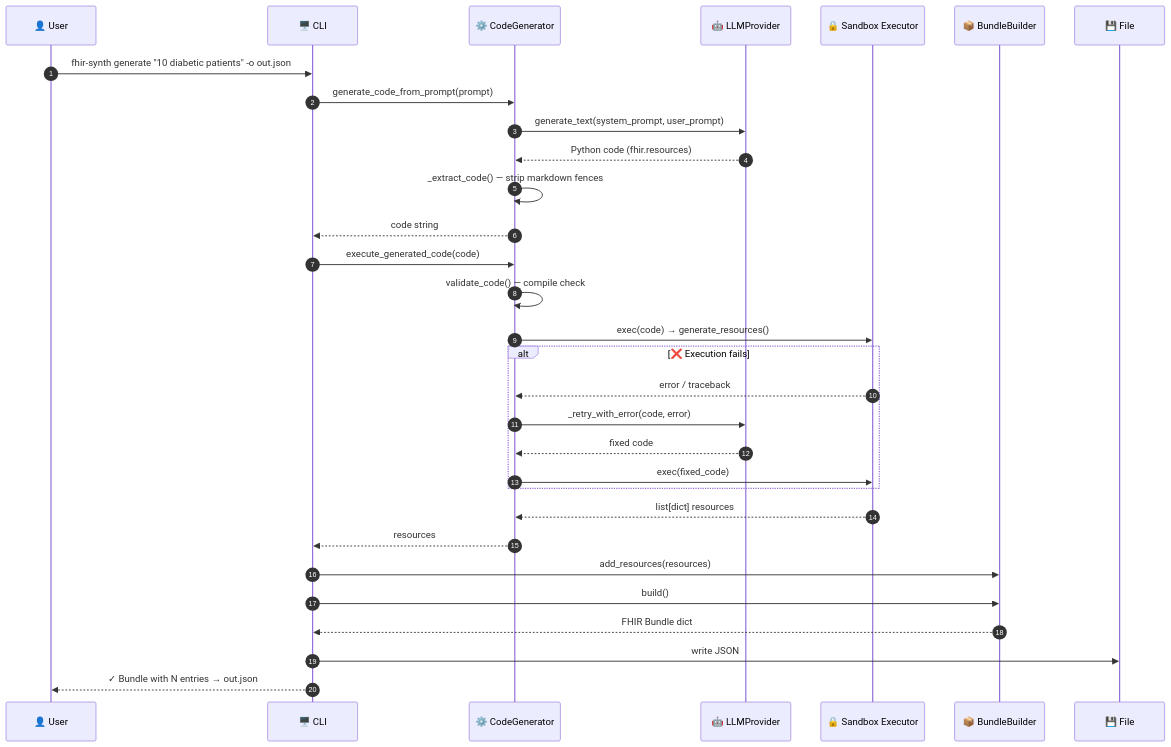
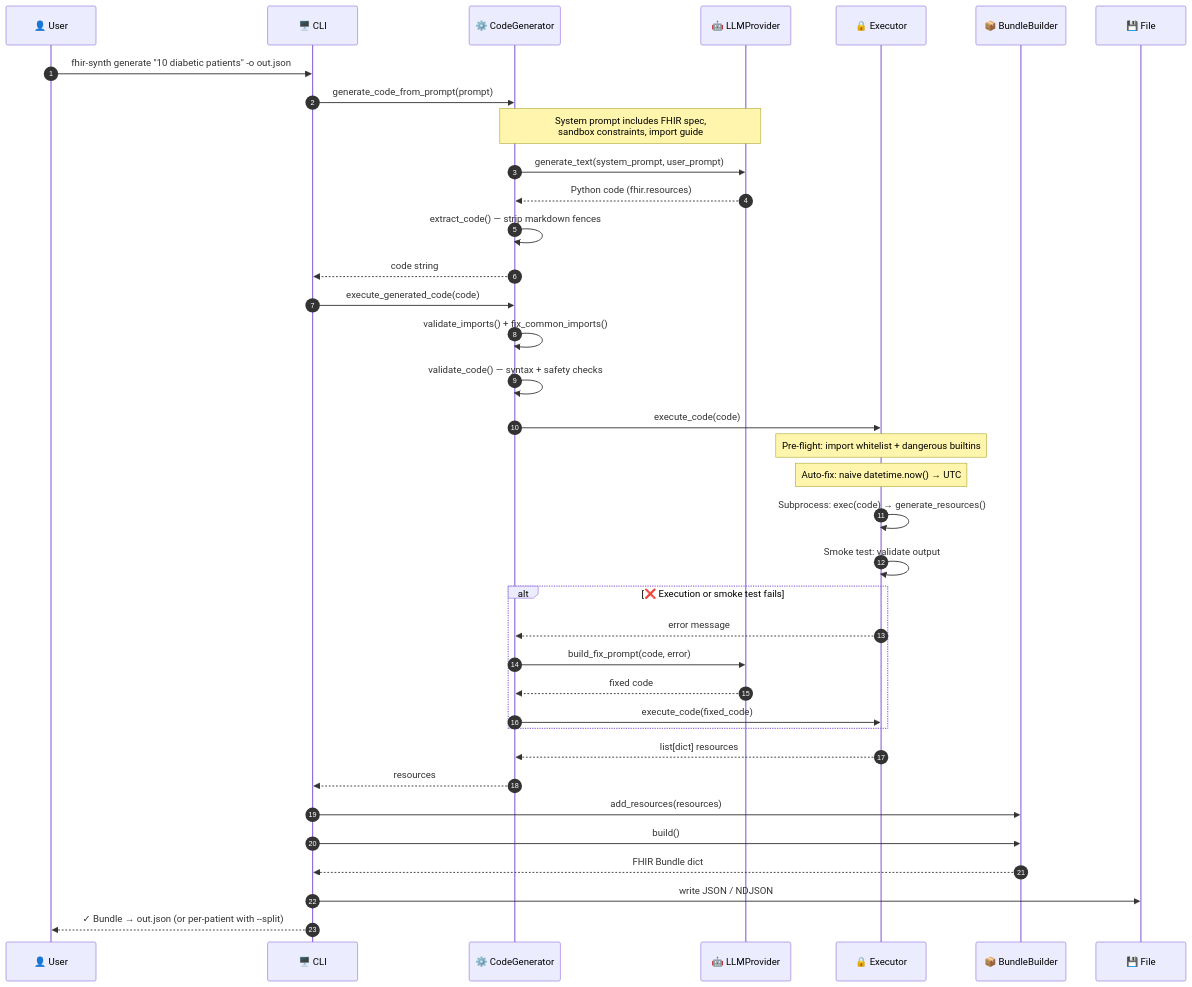
One commit to alvinhenrick/fhir-synth changed the second of 3 diagrams in docs/architecture.md. Above: the diagram before and after it, drawn with Mermaid. The commit also changed other lines of this file, not shown here.

Commit message:
feat: update architecture documentation to reflect enhanced safety checks and dynamic system prompt assembly

````diff
--- a/docs/architecture.md
+++ b/docs/architecture.md
@@ -54,39 +54,47 @@
 ```mermaid
 sequenceDiagram
     autonumber
     participant U as 👤 User
     participant CLI as 🖥️ CLI
     participant CG as ⚙️ CodeGenerator
     participant LLM as 🤖 LLMProvider
-    participant EX as 🔒 Sandbox Executor
+    participant EX as 🔒 Executor
     participant BB as 📦 BundleBuilder
     participant F as 💾 File
 
     U->>CLI: fhir-synth generate "10 diabetic patients" -o out.json
     CLI->>CG: generate_code_from_prompt(prompt)
+
+    Note over CG,LLM: System prompt includes FHIR spec,<br/>sandbox constraints, import guide
     CG->>LLM: generate_text(system_prompt, user_prompt)
     LLM-->>CG: Python code (fhir.resources)
-    CG->>CG: _extract_code() — strip markdown fences
+    CG->>CG: extract_code() — strip markdown fences
     CG-->>CLI: code string
 
     CLI->>CG: execute_generated_code(code)
-    CG->>CG: validate_code() — compile check
-    CG->>EX: exec(code) → generate_resources()
+    CG->>CG: validate_imports() + fix_common_imports()
+    CG->>CG: validate_code() — syntax + safety checks
 
-    alt ❌ Execution fails
-        EX-->>CG: error / traceback
-        CG->>LLM: _retry_with_error(code, error)
+    CG->>EX: execute_code(code)
+    Note over EX: Pre-flight: import whitelist + dangerous builtins
+    Note over EX: Auto-fix: naive datetime.now() → UTC
+    EX->>EX: Subprocess: exec(code) → generate_resources()
+    EX->>EX: Smoke test: validate output
+
+    alt ❌ Execution or smoke test fails
+        EX-->>CG: error message
+        CG->>LLM: build_fix_prompt(code, error)
         LLM-->>CG: fixed code
-        CG->>EX: exec(fixed_code)
+        CG->>EX: execute_code(fixed_code)
     end
 
     EX-->>CG: list[dict] resources
     CG-->>CLI: resources
 
     CLI->>BB: add_resources(resources)
     CLI->>BB: build()
     BB-->>CLI: FHIR Bundle dict
 
-    CLI->>F: write JSON
-    CLI-->>U: ✓ Bundle with N entries → out.json
+    CLI->>F: write JSON / NDJSON
+    CLI-->>U: ✓ Bundle → out.json (or per-patient with --split)
 ```
````
